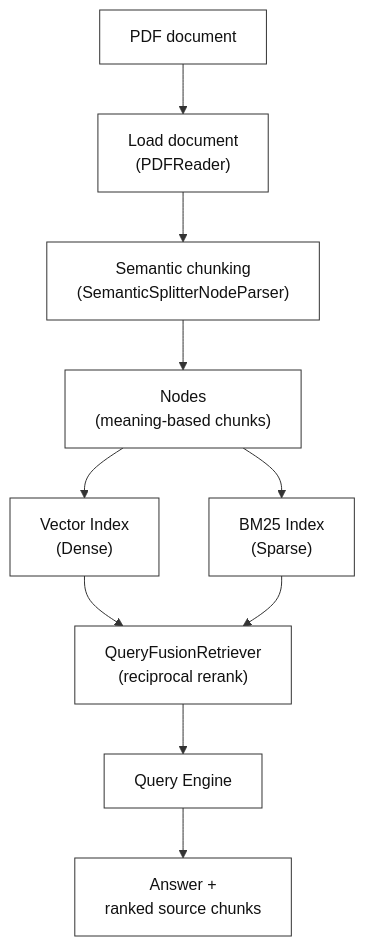
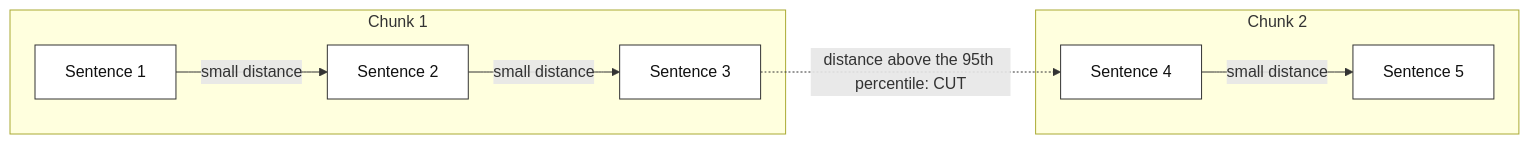
The second of 3 diagrams in RAG-Labs/section-2-retrieval-variations/lab-02-hybrid-rag/lab.md (CogKnowEdge-Solutions/Context-Memory-Layer), drawn with Mermaid before and after one commit. The commit also changed other lines of this file and 80 other files, not shown here.

````diff
--- a/RAG-Labs/section-2-retrieval-variations/lab-02-hybrid-rag/lab.md
+++ b/RAG-Labs/section-2-retrieval-variations/lab-02-hybrid-rag/lab.md
@@ -69,15 +347,14 @@
 ```mermaid
-flowchart TD
-    A["PDF document"] --> B["Load document<br/>(PDFReader)"]
-    B --> C["Semantic chunking<br/>(SemanticSplitterNodeParser)"]
-    C --> D["Nodes<br/>(meaning-based chunks)"]
-    D --> E["Vector Index<br/>(Dense)"]
-    D --> F["BM25 Index<br/>(Sparse)"]
-    E --> G["QueryFusionRetriever<br/>(reciprocal rerank)"]
-    F --> G
-    G --> H["Query Engine"]
-    H --> I["Answer +<br/>ranked source chunks"]
+flowchart LR
+    subgraph C1["Chunk 1"]
+        S1["Sentence 1"] -->|"small distance"| S2["Sentence 2"]
+        S2 -->|"small distance"| S3["Sentence 3"]
+    end
+    subgraph C2["Chunk 2"]
+        S4["Sentence 4"] -->|"small distance"| S5["Sentence 5"]
+    end
+    S3 -.->|"distance above the 95th percentile: CUT"| S4
 
     classDef defaultStyle fill:#ffffff,stroke:#333333,stroke-width:1px,color:#111111
-    class A,B,C,D,E,F,G,H,I defaultStyle
+    class S1,S2,S3,S4,S5 defaultStyle
 ```
````
